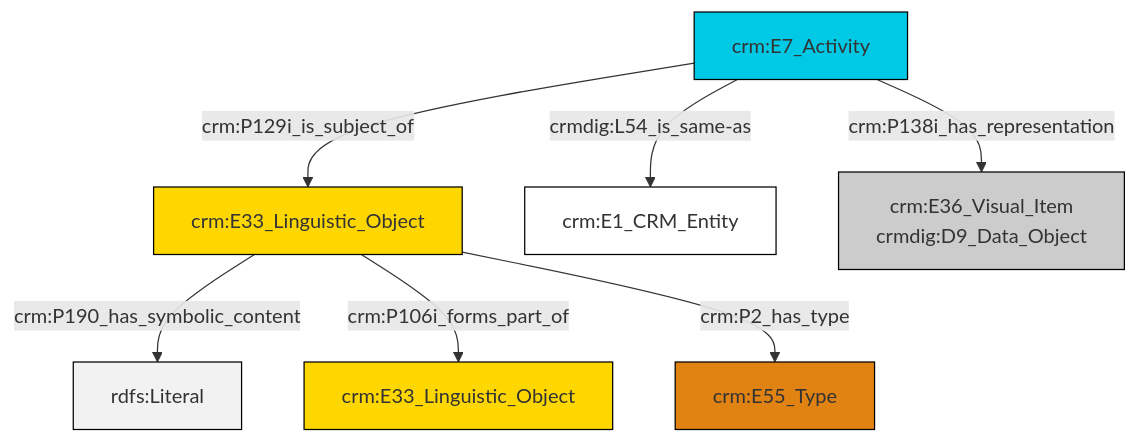
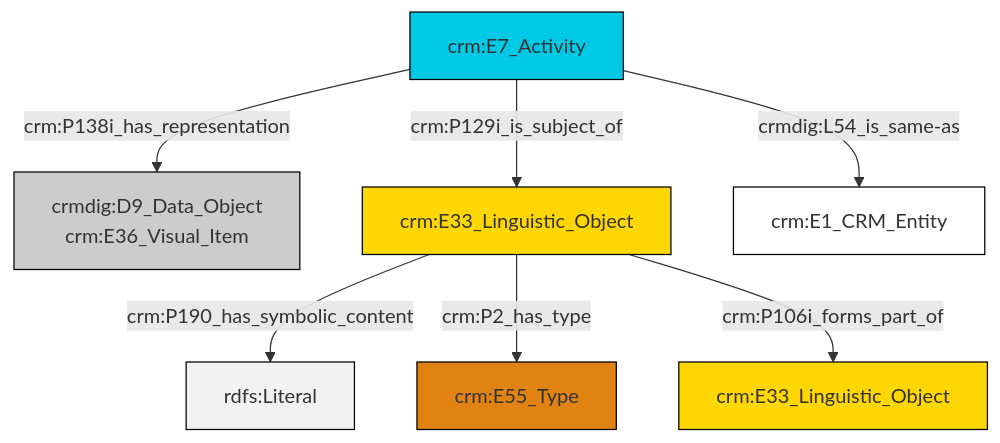
Before and after one commit to swiss-art-research-net/reference-data-models: the diagram in et/eventCSV/ttl/mmd/event_documentation.ttl.mmd, drawn with Mermaid. The commit also changed 127 other files, not shown here.

```diff
--- a/et/eventCSV/ttl/mmd/event_documentation.ttl.mmd
+++ b/et/eventCSV/ttl/mmd/event_documentation.ttl.mmd
@@ -1,21 +1,21 @@
 graph TD
 classDef Literal fill:#f2f2f2,stroke:#000000;
 classDef CRM_Entity fill:#FFFFFF,stroke:#000000;
 classDef Temporal_Entity fill:#00C9E6, stroke:#000000;
 classDef Type fill:#E18312, stroke:#000000;
 classDef Time-Span fill:#2C9C91, stroke:#000000;
 classDef Appellation fill:#FFEB7F, stroke:#000000;
 classDef Place fill:#008836, stroke:#000000;
 classDef Persistent_Item fill:#B266B2, stroke:#000000;
 classDef Conceptual_Object fill:#FFD700, stroke:#000000;
 classDef Physical_Thing fill:#D2B48C, stroke:#000000;
 classDef Actor fill:#f58aad, stroke:#000000;
 classDef PC_Classes fill:#4ce600, stroke:#000000;
 classDef Multi fill:#cccccc,stroke:#000000;
 
-3["crm:E33_Linguistic_Object"]:::Conceptual_Object -->|crm:P190_has_symbolic_content| 4[rdfs:Literal]:::Literal
-5["crm:E7_Activity"]:::Temporal_Entity -->|crmdig:L54_is_same-as| 6["crm:E1_CRM_Entity"]:::CRM_Entity
-3["crm:E33_Linguistic_Object"]:::Conceptual_Object -->|crm:P106i_forms_part_of| 7["crm:E33_Linguistic_Object"]:::Conceptual_Object
-3["crm:E33_Linguistic_Object"]:::Conceptual_Object -->|crm:P2_has_type| 0["crm:E55_Type"]:::Type
-5["crm:E7_Activity"]:::Temporal_Entity -->|crm:P138i_has_representation| 9["crm:E36_Visual_Item<br>crmdig:D9_Data_Object"]:::Multi
-5["crm:E7_Activity"]:::Temporal_Entity -->|crm:P129i_is_subject_of| 3["crm:E33_Linguistic_Object"]:::Conceptual_Object
+8["crm:E7_Activity"]:::Temporal_Entity -->|crm:P138i_has_representation| 2["crmdig:D9_Data_Object<br>crm:E36_Visual_Item"]:::Multi
+4["crm:E33_Linguistic_Object"]:::Conceptual_Object -->|crm:P190_has_symbolic_content| 9[rdfs:Literal]:::Literal
+8["crm:E7_Activity"]:::Temporal_Entity -->|crmdig:L54_is_same-as| 6["crm:E1_CRM_Entity"]:::CRM_Entity
+4["crm:E33_Linguistic_Object"]:::Conceptual_Object -->|crm:P2_has_type| 0["crm:E55_Type"]:::Type
+8["crm:E7_Activity"]:::Temporal_Entity -->|crm:P129i_is_subject_of| 4["crm:E33_Linguistic_Object"]:::Conceptual_Object
+4["crm:E33_Linguistic_Object"]:::Conceptual_Object -->|crm:P106i_forms_part_of| 10["crm:E33_Linguistic_Object"]:::Conceptual_Object
```
